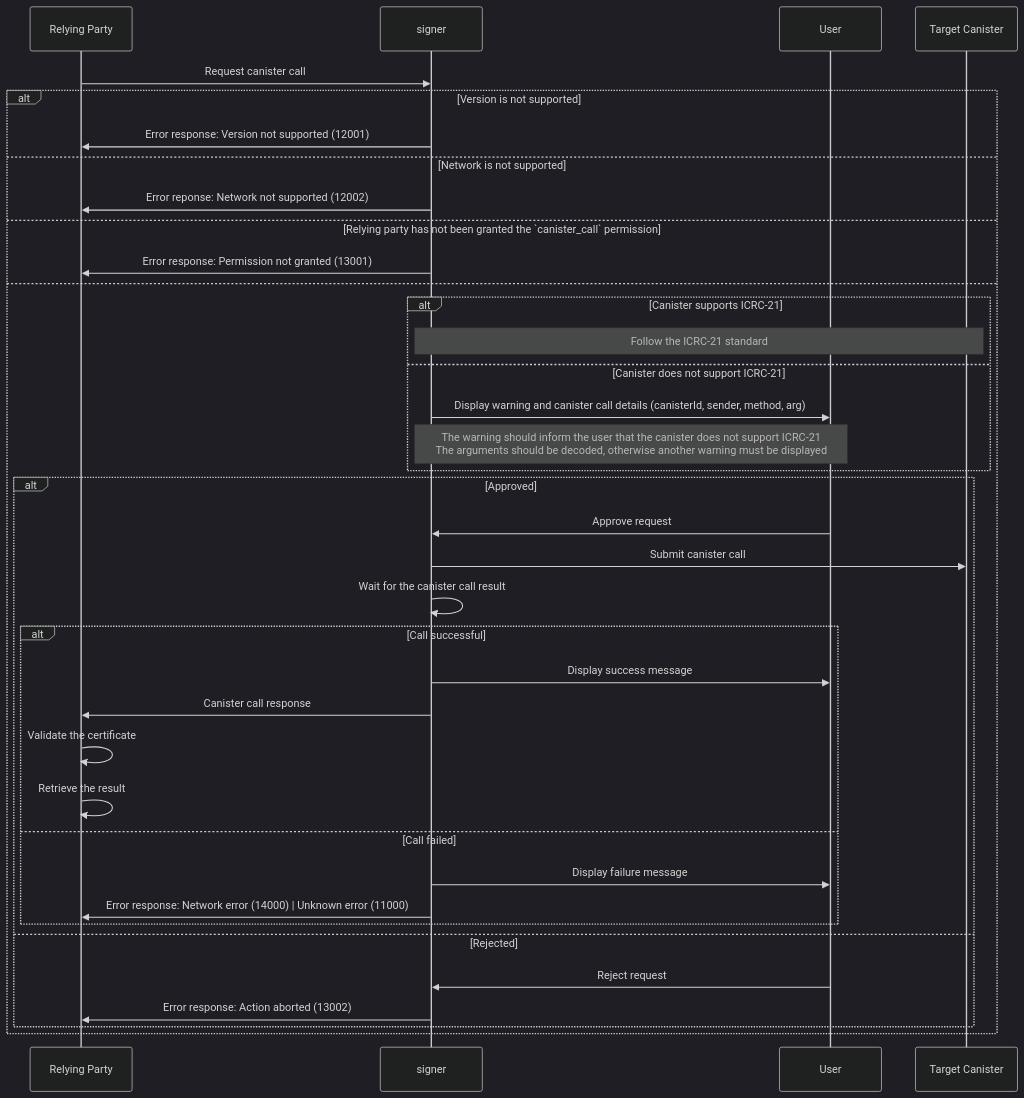
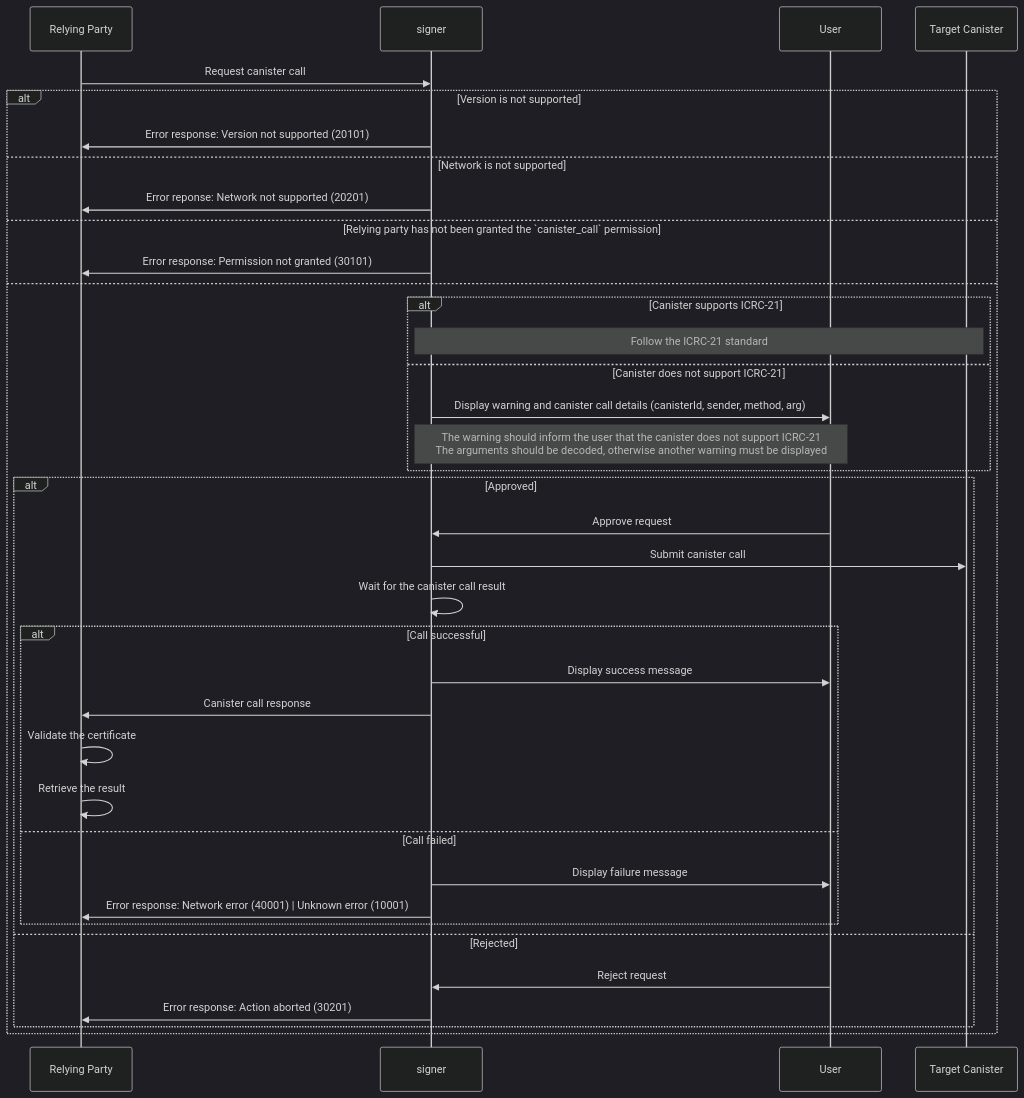
The second of 3 diagrams in topics/icrc_25_signer_interaction_standard.md (dfinity/wg-identity-authentication), drawn with Mermaid (dark theme) before and after one commit. The commit also changed other lines of this file, not shown here.

Commit message:
Change error codes, improve document structure

````diff
--- a/topics/icrc_25_signer_interaction_standard.md
+++ b/topics/icrc_25_signer_interaction_standard.md
@@ -308,40 +258,40 @@
 ```mermaid
 sequenceDiagram
     participant RP as Relying Party
     participant S as signer
     participant U as User
     participant C as Target Canister
 
     RP ->> S: Request canister call
     alt Version is not supported
-        S ->> RP: Error response: Version not supported (12001)
+        S ->> RP: Error response: Version not supported (20101)
     else Network is not supported
-        S ->> RP: Error reponse: Network not supported (12002)
+        S ->> RP: Error reponse: Network not supported (20201)
     else Relying party has not been granted the `canister_call` permission
-        S ->> RP: Error response: Permission not granted (13001)
+        S ->> RP: Error response: Permission not granted (30101)
     else
         alt Canister supports ICRC-21
             Note over S,C: Follow the ICRC-21 standard
         else Canister does not support ICRC-21
             S ->> U: Display warning and canister call details (canisterId, sender, method, arg)
             Note over S,U: The warning should inform the user that the canister does not support ICRC-21<br/>The arguments should be decoded, otherwise another warning must be displayed
         end
         alt Approved
             U ->> S: Approve request
             S ->> C: Submit canister call
             S ->> S: Wait for the canister call result
             alt Call successful
                 S ->> U: Display success message
                 S ->> RP: Canister call response
                 RP ->> RP: Validate the certificate
                 RP ->> RP: Retrieve the result
             else Call failed
                 S ->> U: Display failure message
-                S ->> RP: Error response: Network error (14000) | Unknown error (11000)
+                S ->> RP: Error response: Network error (40001) | Unknown error (10001)
             end
         else Rejected
             U ->> S: Reject request
-            S ->> RP: Error response: Action aborted (13002)
+            S ->> RP: Error response: Action aborted (30201)
         end
     end
 ```
````
